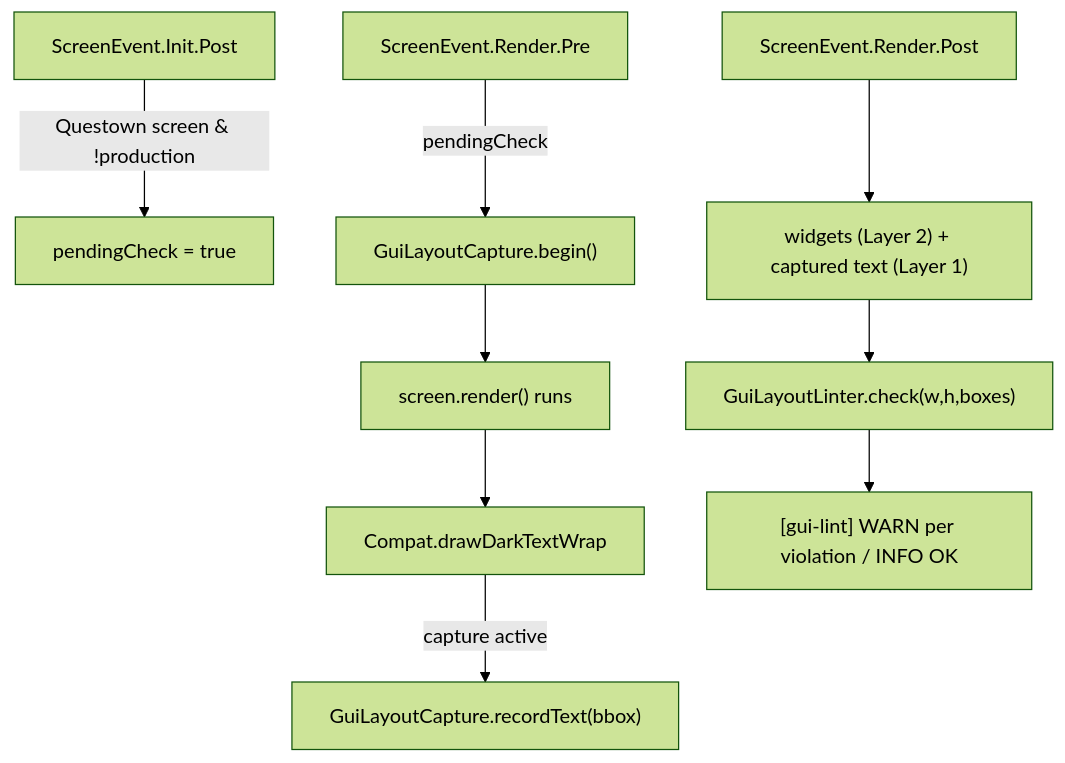
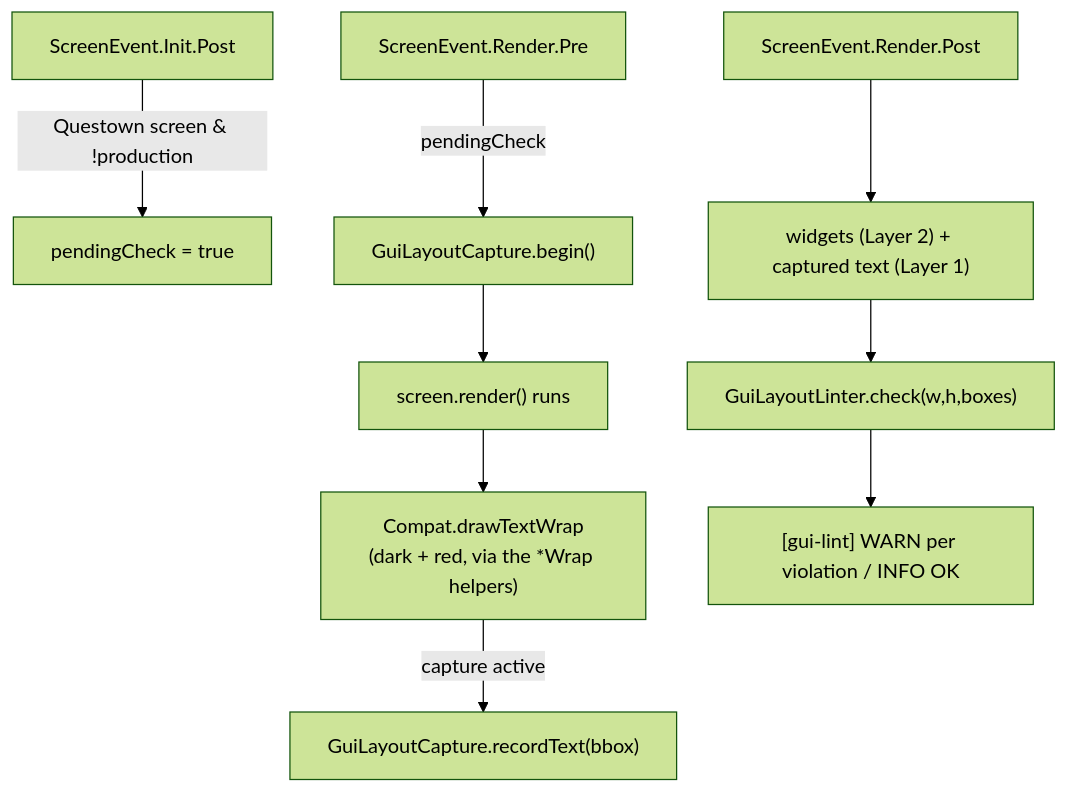
One commit to bradsk88/Questown changed the diagram in src/main/java/ca/bradj/questown/gui/COMPLEX.md. Above: the diagram before and after it, drawn with Mermaid (forest theme). The commit also changed other lines of this file and 17 other files, not shown here.

````diff
--- a/src/main/java/ca/bradj/questown/gui/COMPLEX.md
+++ b/src/main/java/ca/bradj/questown/gui/COMPLEX.md
@@ -10,11 +10,11 @@
 ```mermaid
 flowchart TD
     Init["ScreenEvent.Init.Post"] -->|Questown screen & !production| P["pendingCheck = true"]
     RPre["ScreenEvent.Render.Pre"] -->|pendingCheck| Begin["GuiLayoutCapture.begin()"]
     Begin --> Render["screen.render() runs"]
-    Render --> Draw["Compat.drawDarkTextWrap"]
+    Render --> Draw["Compat.drawTextWrap\n(dark + red, via the *Wrap helpers)"]
     Draw -->|capture active| Rec["GuiLayoutCapture.recordText(bbox)"]
     RPost["ScreenEvent.Render.Post"] --> Collect["widgets (Layer 2) + captured text (Layer 1)"]
     Collect --> Check["GuiLayoutLinter.check(w,h,boxes)"]
     Check --> Log["[gui-lint] WARN per violation / INFO OK"]
 ```
````
